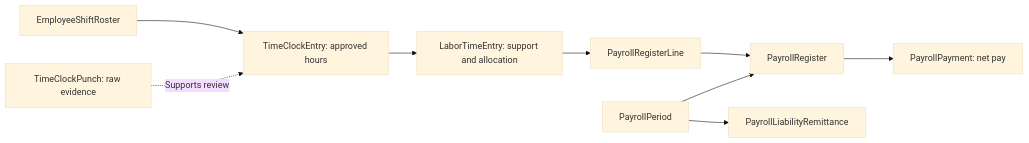
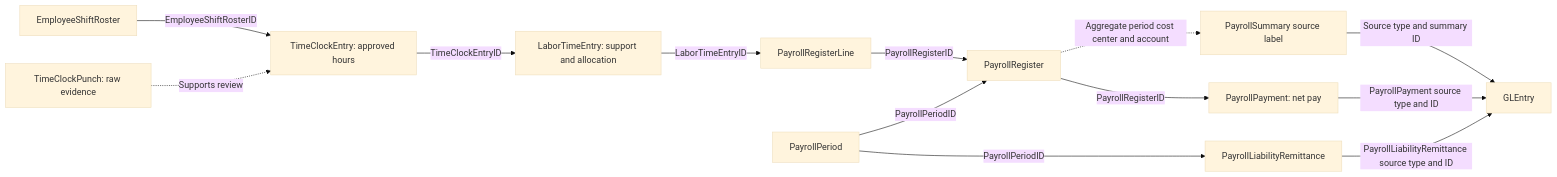
One commit to mmcodesso/CharlesRiver_Database changed the first of 6 diagrams in docs/processes/payroll.md. Above: the diagram before and after it, drawn with Mermaid (base theme). The commit also changed other lines of this file and 66 other files, not shown here.

````diff
--- a/docs/processes/payroll.md
+++ b/docs/processes/payroll.md
@@ -80,13 +80,17 @@
 ```mermaid
 flowchart LR
     accTitle: Approved time employee payroll and period remittances
-    accDescr: Roster and raw punches support approved time. Labor support leads to register lines and register, then employee payment. The payroll period separately connects to register and period remittances.
-    ROSTER[EmployeeShiftRoster] --> TIME[TimeClockEntry: approved hours]
+    accDescr: Solid labeled arrows identify stored keys and explicit ledger sources. Dashed arrows show punch support or summary aggregation. Register recognition, employee payment, and remittance each reach the ledger separately.
+    ROSTER[EmployeeShiftRoster] -->|EmployeeShiftRosterID| TIME[TimeClockEntry: approved hours]
     PUNCH[TimeClockPunch: raw evidence] -. Supports review .-> TIME
-    TIME --> LABOR[LaborTimeEntry: support and allocation]
-    LABOR --> LINES[PayrollRegisterLine]
-    LINES --> REG[PayrollRegister]
-    REG --> PAY[PayrollPayment: net pay]
-    PERIOD[PayrollPeriod] --> REG
-    PERIOD --> REMIT[PayrollLiabilityRemittance]
+    TIME -->|TimeClockEntryID| LABOR[LaborTimeEntry: support and allocation]
+    LABOR -->|LaborTimeEntryID| LINES[PayrollRegisterLine]
+    LINES -->|PayrollRegisterID| REG[PayrollRegister]
+    REG -->|PayrollRegisterID| PAY[PayrollPayment: net pay]
+    PERIOD[PayrollPeriod] -->|PayrollPeriodID| REG
+    PERIOD -->|PayrollPeriodID| REMIT[PayrollLiabilityRemittance]
+    REG -. Aggregate period cost center and account .-> PS[PayrollSummary source label]
+    PS -->|Source type and summary ID| GL[GLEntry]
+    PAY -->|PayrollPayment source type and ID| GL
+    REMIT -->|PayrollLiabilityRemittance source type and ID| GL
 ```
````
